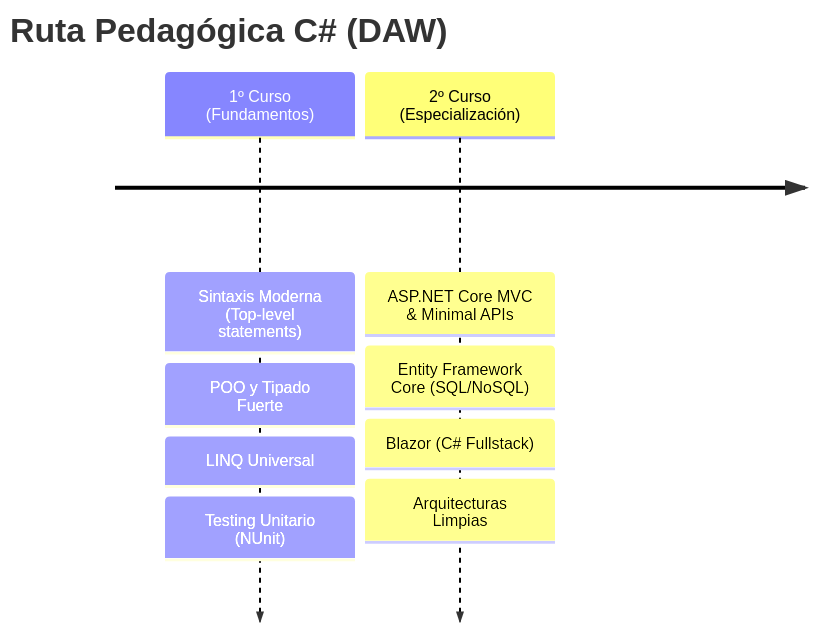
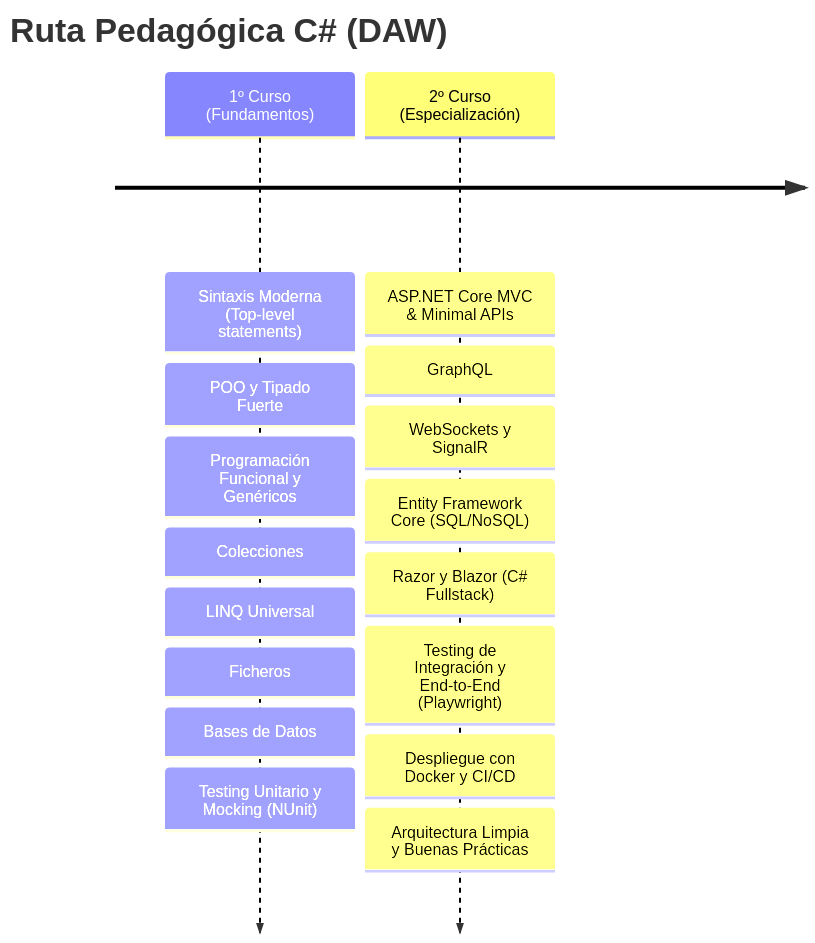
The first of 2 diagrams in web/src/posts/2026/2026-05-13-mi-setup-actualizado-2026.md (joseluisgs/joseluisgs), drawn with Mermaid before and after one commit. The commit also changed other lines of this file, not shown here.

````diff
--- a/web/src/posts/2026/2026-05-13-mi-setup-actualizado-2026.md
+++ b/web/src/posts/2026/2026-05-13-mi-setup-actualizado-2026.md
@@ -51,6 +51,6 @@
 ```mermaid
 timeline
     title Ruta Pedagógica C# (DAW)
-    1º Curso (Fundamentos) : Sintaxis Moderna (Top-level statements) : POO y Tipado Fuerte : LINQ Universal : Testing Unitario (NUnit)
-    2º Curso (Especialización) : ASP.NET Core MVC & Minimal APIs : Entity Framework Core (SQL/NoSQL) : Blazor (C# Fullstack) : Arquitecturas Limpias
+    1º Curso (Fundamentos) : Sintaxis Moderna (Top-level statements) : POO y Tipado Fuerte : Programación Funcional y Genéricos : Colecciones : LINQ Universal : Ficheros : Bases de Datos : Testing Unitario y Mocking (NUnit)
+    2º Curso (Especialización) : ASP.NET Core MVC & Minimal APIs : GraphQL : WebSockets y SignalR : Entity Framework Core (SQL/NoSQL) : Razor y Blazor (C# Fullstack) : Testing de Integración y End-to-End (Playwright) : Despliegue con Docker y CI/CD : Arquitectura Limpia y Buenas Prácticas
 ```
````
